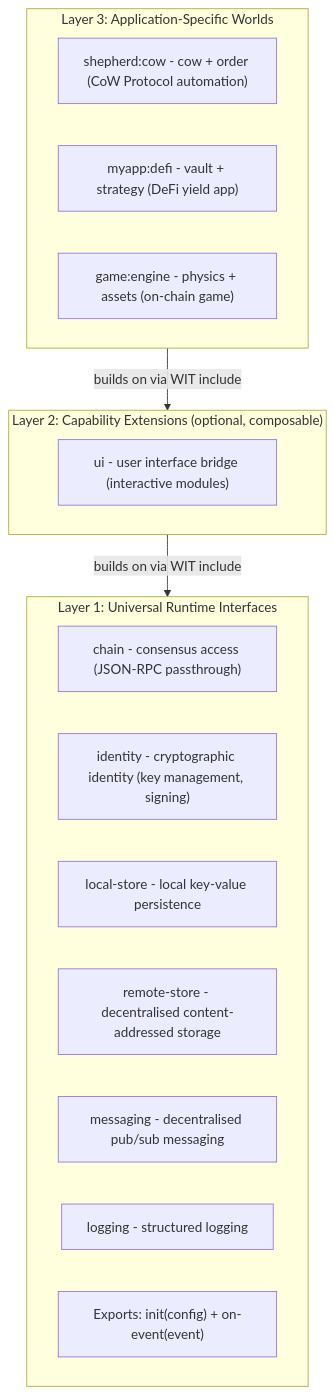
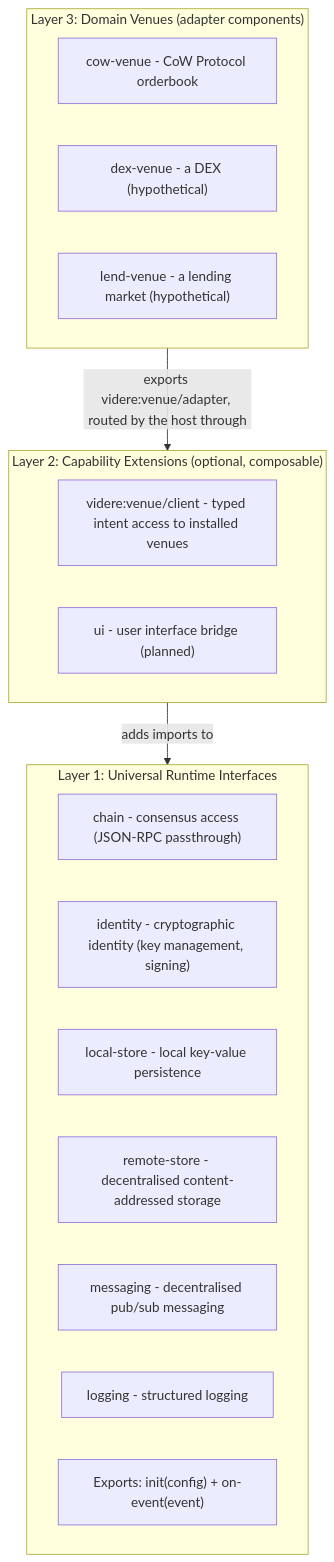
The first of 5 diagrams in docs/08-platform-generalisation.md (nullislabs/shepherd), drawn with Mermaid before and after one commit. The commit also changed other lines of this file and 2 other files, not shown here.

First line of the commit message:
docs: rewrite the platform docs as the shipped-venue source of truth

````diff
--- a/docs/08-platform-generalisation.md
+++ b/docs/08-platform-generalisation.md
@@ -48,25 +48,26 @@
 ```mermaid
 graph TD
-    subgraph L3["Layer 3: Application-Specific Worlds"]
-        COW["shepherd:cow - cow + order (CoW Protocol automation)"]
-        DEFI["myapp:defi - vault + strategy (DeFi yield app)"]
-        GAME["game:engine - physics + assets (on-chain game)"]
+    subgraph L3["Layer 3: Domain Venues (adapter components)"]
+        COW["cow-venue - CoW Protocol orderbook"]
+        DEX["dex-venue - a DEX (hypothetical)"]
+        LEND["lend-venue - a lending market (hypothetical)"]
     end
 
     subgraph L2["Layer 2: Capability Extensions (optional, composable)"]
-        UI["ui - user interface bridge (interactive modules)"]
+        VC["videre:venue/client - typed intent access to installed venues"]
+        UI["ui - user interface bridge (planned)"]
     end
 
     subgraph L1["Layer 1: Universal Runtime Interfaces"]
         CSN["chain - consensus access (JSON-RPC passthrough)"]
         ID["identity - cryptographic identity (key management, signing)"]
         LS["local-store - local key-value persistence"]
         RS["remote-store - decentralised content-addressed storage"]
         MSG["messaging - decentralised pub/sub messaging"]
         LOG["logging - structured logging"]
         EXP["Exports: init(config) + on-event(event)"]
     end
 
-    L3 -->|"builds on via WIT include"| L2
-    L2 -->|"builds on via WIT include"| L1
+    L3 -->|"exports videre:venue/adapter, routed by the host through"| L2
+    L2 -->|"adds imports to"| L1
 ```
````
